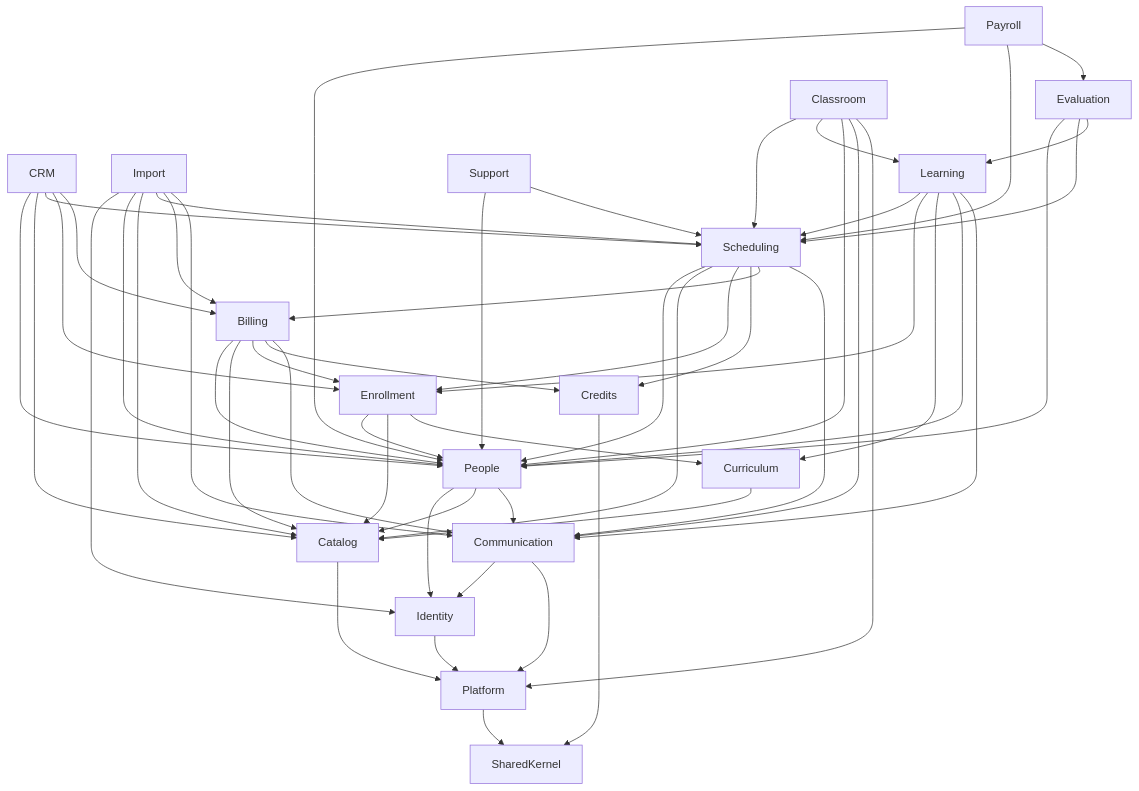
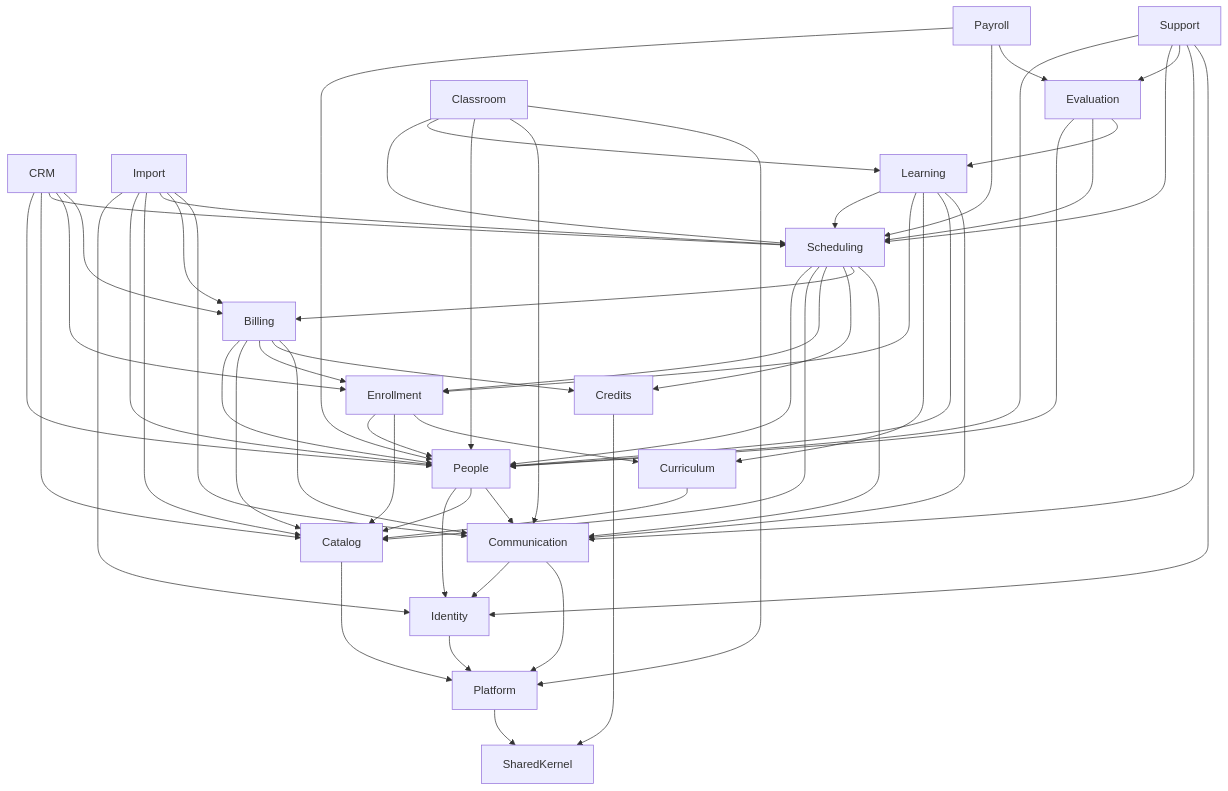
Before and after one commit to Mahmoud-Elgonidi/academy-lms: the diagram in docs/architecture/04-design-patterns.md, drawn with Mermaid. The commit also changed other lines of this file and 122 other files, not shown here.

````diff
--- a/docs/architecture/04-design-patterns.md
+++ b/docs/architecture/04-design-patterns.md
@@ -49,20 +49,20 @@
 ```mermaid
 flowchart TD
     CRM --> People & Catalog & Scheduling & Enrollment & Billing
     Import --> Identity & People & Catalog & Scheduling & Billing & Communication
     Payroll --> People & Scheduling & Evaluation
     Evaluation --> People & Scheduling & Learning
-    Support --> People & Scheduling
+    Support --> People & Scheduling & Evaluation & Communication & Identity
     Learning --> Scheduling & Enrollment & Curriculum & People & Communication
     Billing --> People & Catalog & Enrollment & Credits & Communication
     Classroom --> Scheduling & Learning & People & Communication & Platform
     Scheduling --> People & Catalog & Enrollment & Credits & Billing & Communication
     Enrollment --> People & Catalog & Curriculum
     Curriculum --> Catalog
     People --> Identity & Catalog & Communication
     Communication --> Identity & Platform
     Identity --> Platform
     Catalog --> Platform
     Credits --> SharedKernel
     Platform --> SharedKernel
 ```
````
